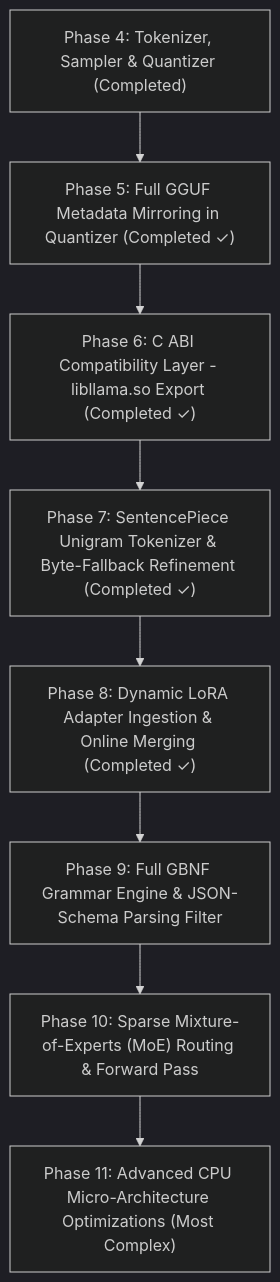
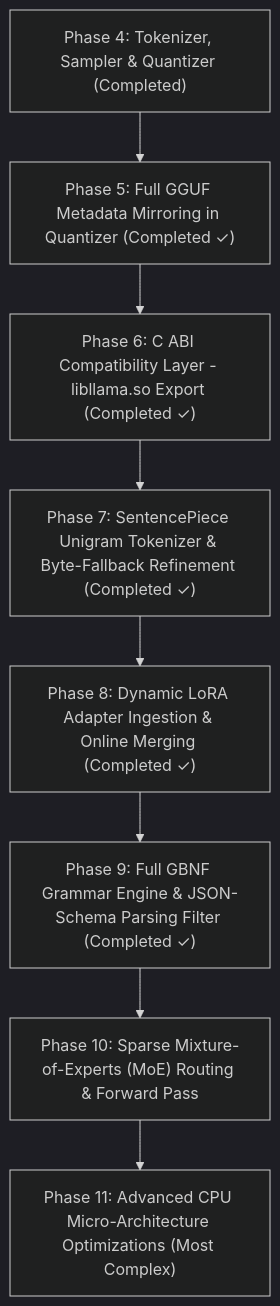
The diagram in docs/pure_cpu_extension_plan.md (tasahi/llamojo), drawn with Mermaid (dark theme) before and after one commit. The commit also changed other lines of this file and 9 other files, not shown here.

Commit message:
feat: Full GBNF Grammar Engine & JSON-Schema Parsing Filter

````diff
--- a/docs/pure_cpu_extension_plan.md
+++ b/docs/pure_cpu_extension_plan.md
@@ -13,19 +13,19 @@
 ```mermaid
 flowchart TD
     P4["Phase 4: Tokenizer, Sampler & Quantizer (Completed)"]
     P5["Phase 5: Full GGUF Metadata Mirroring in Quantizer (Completed ✓)"]
     P6["Phase 6: C ABI Compatibility Layer - libllama.so Export (Completed ✓)"]
     P7["Phase 7: SentencePiece Unigram Tokenizer & Byte-Fallback Refinement (Completed ✓)"]
     P8["Phase 8: Dynamic LoRA Adapter Ingestion & Online Merging (Completed ✓)"]
-    P9["Phase 9: Full GBNF Grammar Engine & JSON-Schema Parsing Filter"]
+    P9["Phase 9: Full GBNF Grammar Engine & JSON-Schema Parsing Filter (Completed ✓)"]
     P10["Phase 10: Sparse Mixture-of-Experts (MoE) Routing & Forward Pass"]
     P11["Phase 11: Advanced CPU Micro-Architecture Optimizations (Most Complex)"]
 
     P4 --> P5
     P5 --> P6
     P6 --> P7
     P7 --> P8
     P8 --> P9
     P9 --> P10
     P10 --> P11
 ```
````
